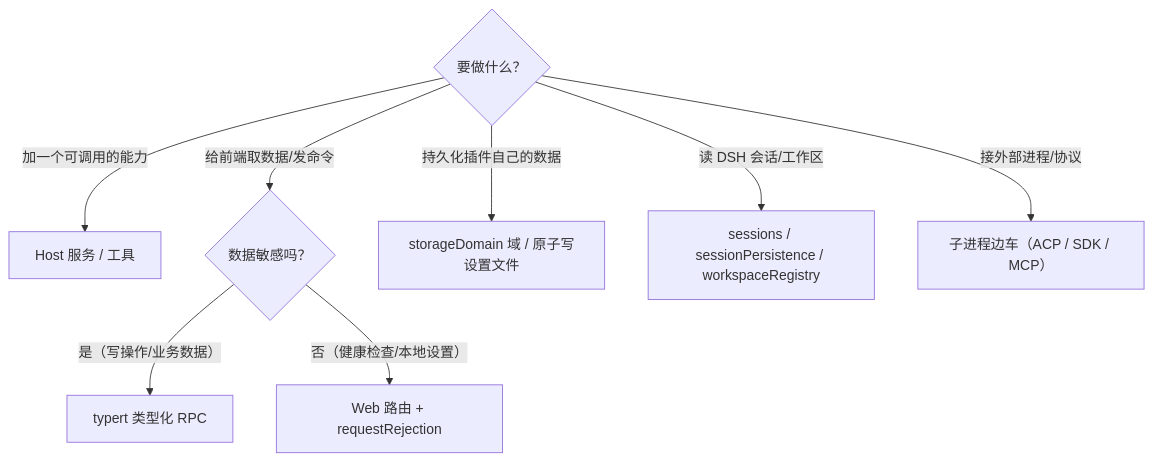
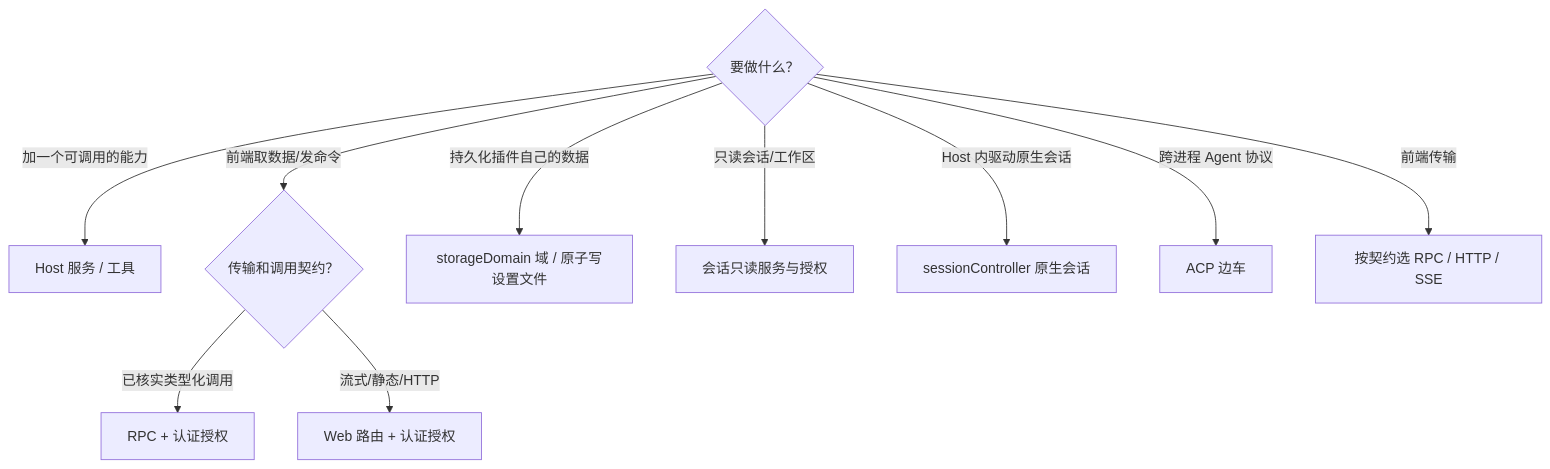
Before and after one commit to NewbieCheng/dsh-harness-remix: the diagram in skills/dsh-plugin-backend/SKILL.md, drawn with Mermaid. The commit also changed other lines of this file and 32 other files, not shown here.

````diff
--- a/skills/dsh-plugin-backend/SKILL.md
+++ b/skills/dsh-plugin-backend/SKILL.md
@@ -15,10 +15,12 @@
 ```mermaid
 flowchart TD
   Q{"要做什么？"} -->|"加一个可调用的能力"| S["Host 服务 / 工具"]
-  Q -->|"给前端取数据/发命令"| R{"数据敏感吗？"}
-  R -->|"是（写操作/业务数据）"| T["typert 类型化 RPC"]
-  R -->|"否（健康检查/本地设置）"| W["Web 路由 + requestRejection"]
+  Q -->|"前端取数据/发命令"| R{"传输和调用契约？"}
+  R -->|"已核实类型化调用"| T["RPC + 认证授权"]
+  R -->|"流式/静态/HTTP"| W["Web 路由 + 认证授权"]
   Q -->|"持久化插件自己的数据"| D["storageDomain 域 / 原子写设置文件"]
-  Q -->|"读 DSH 会话/工作区"| E["sessions / sessionPersistence / workspaceRegistry"]
-  Q -->|"接外部进程/协议"| A["子进程边车（ACP / SDK / MCP）"]
+  Q -->|"只读会话/工作区"| E["会话只读服务与授权"]
+  Q -->|"Host 内驱动原生会话"| N["sessionController 原生会话"]
+  Q -->|"跨进程 Agent 协议"| A["ACP 边车"]
+  Q -->|"前端传输"| T2["按契约选 RPC / HTTP / SSE"]
 ```
````
